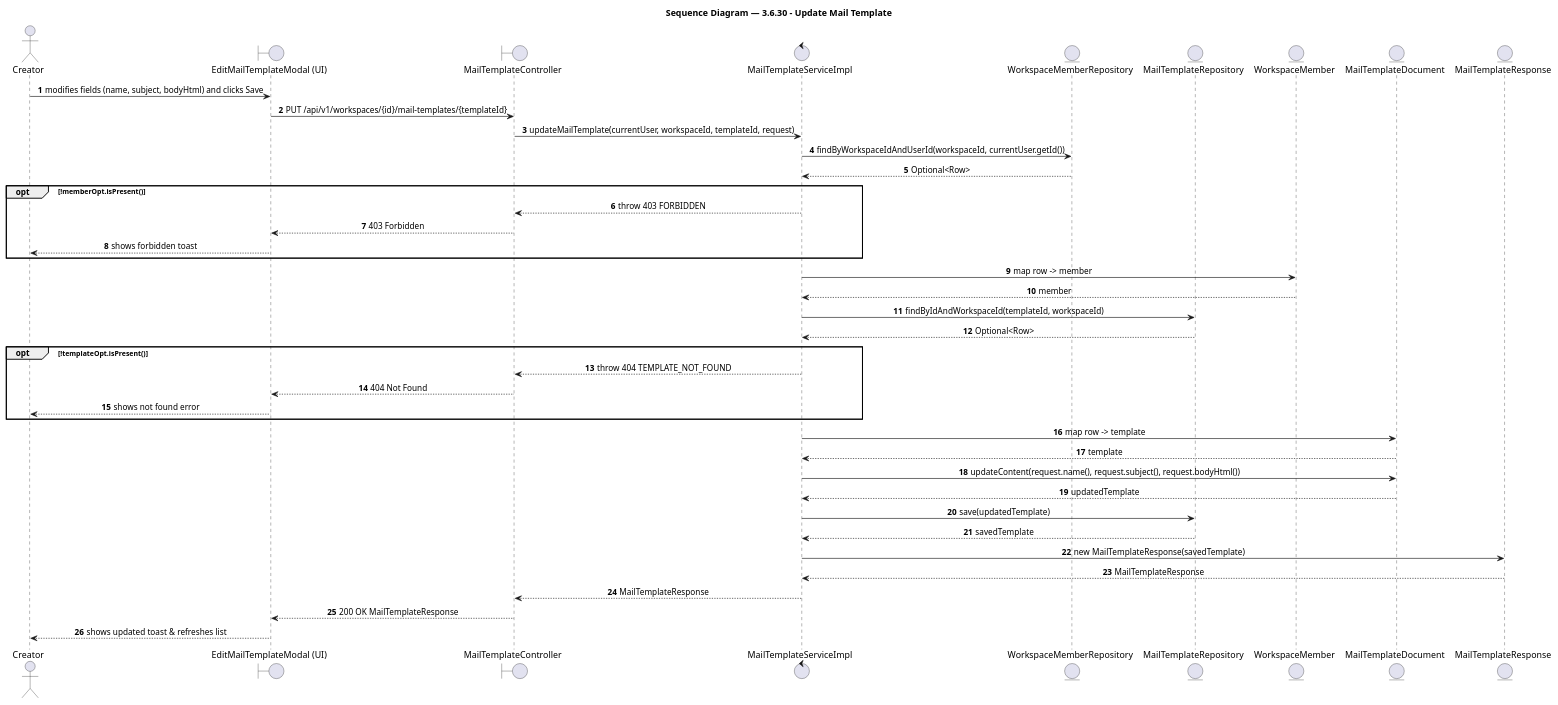
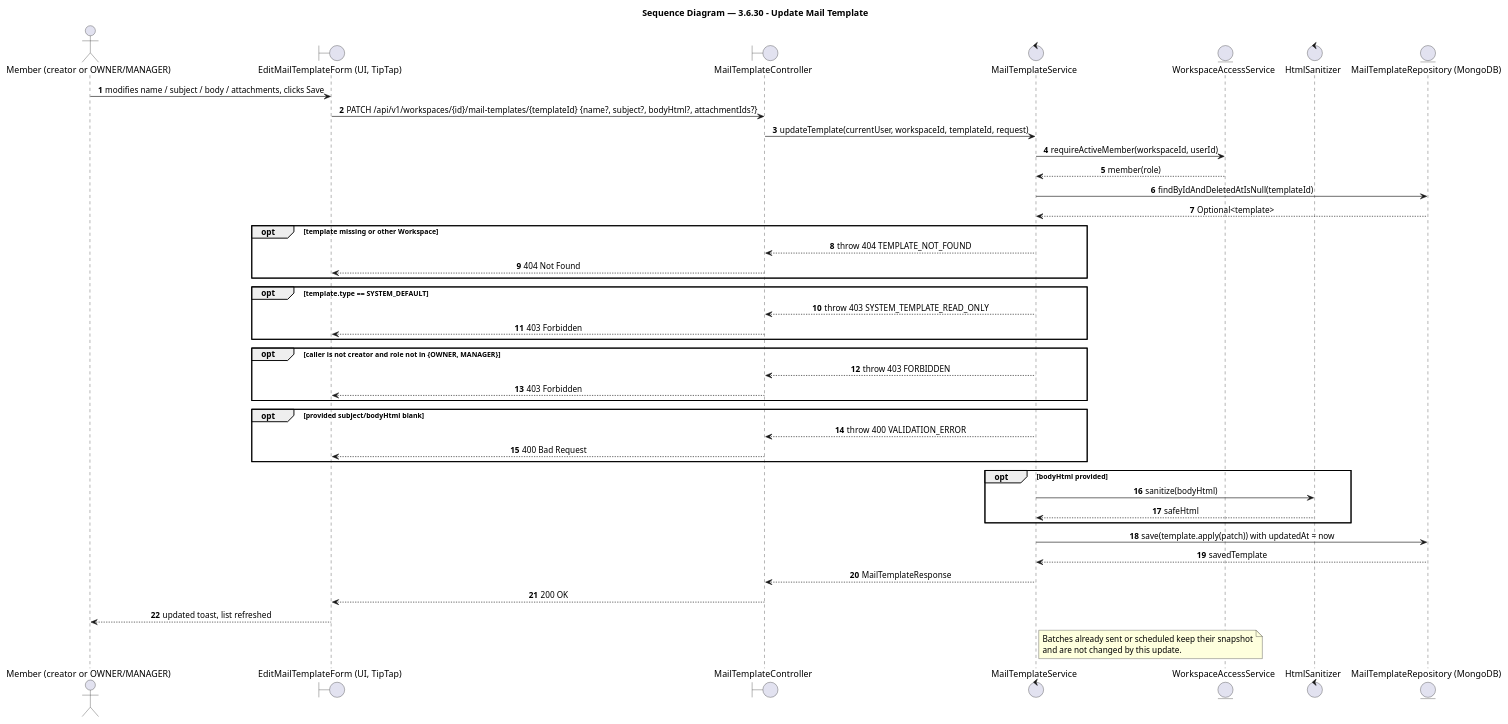
Before and after one commit to BrandHubOrganization/brandhub-infrastructure: the diagram in docs/feature/content-task-workflow/3-6-30-update-mail-template/report4_sequence.puml, drawn with PlantUML. The commit also changed 12 other files, not shown here.

First line of the commit message:
docs(DA-1002): update mail template report3 specs and sequence diagrams

```diff
--- a/docs/feature/content-task-workflow/3-6-30-update-mail-template/report4_sequence.puml
+++ b/docs/feature/content-task-workflow/3-6-30-update-mail-template/report4_sequence.puml
@@ -1,53 +1,57 @@
 @startuml 3.6.30 - Update Mail Template
 title Sequence Diagram — 3.6.30 - Update Mail Template
 
 autonumber
 skinparam shadowing false
 skinparam sequenceMessageAlign center
 skinparam BoxPadding 10
 skinparam ParticipantPadding 10
 
 ' === Participants ===
-actor "Creator" as creator
-boundary "EditMailTemplateModal (UI)" as editmailtemplate_ui
-boundary "MailTemplateController" as mailtemplatecontroller
-control "MailTemplateServiceImpl" as mailtemplateserviceimpl
-entity "WorkspaceMemberRepository" as workspacememberrepository
-entity "MailTemplateRepository" as mailtemplaterepository
-entity "WorkspaceMember" as workspacemember
-entity "MailTemplateDocument" as mailtemplatedocument
-entity "MailTemplateResponse" as mailtemplateresponse
+actor "Member (creator or OWNER/MANAGER)" as member
+boundary "EditMailTemplateForm (UI, TipTap)" as ui
+boundary "MailTemplateController" as controller
+control "MailTemplateService" as service
+entity "WorkspaceAccessService" as access
+control "HtmlSanitizer" as sanitizer
+entity "MailTemplateRepository (MongoDB)" as repo
 
 ' === Flow ===
-creator -> editmailtemplate_ui: modifies fields (name, subject, bodyHtml) and clicks Save
-editmailtemplate_ui -> mailtemplatecontroller: PUT /api/v1/workspaces/{id}/mail-templates/{templateId}
-mailtemplatecontroller -> mailtemplateserviceimpl: updateMailTemplate(currentUser, workspaceId, templateId, request)
-mailtemplateserviceimpl -> workspacememberrepository: findByWorkspaceIdAndUserId(workspaceId, currentUser.getId())
-workspacememberrepository --> mailtemplateserviceimpl: Optional<Row>
-opt !memberOpt.isPresent()
-  mailtemplateserviceimpl --> mailtemplatecontroller: throw 403 FORBIDDEN
-  mailtemplatecontroller --> editmailtemplate_ui: 403 Forbidden
-  editmailtemplate_ui --> creator: shows forbidden toast
+member -> ui: modifies name / subject / body / attachments, clicks Save
+ui -> controller: PATCH /api/v1/workspaces/{id}/mail-templates/{templateId} {name?, subject?, bodyHtml?, attachmentIds?}
+controller -> service: updateTemplate(currentUser, workspaceId, templateId, request)
+service -> access: requireActiveMember(workspaceId, userId)
+access --> service: member(role)
+service -> repo: findByIdAndDeletedAtIsNull(templateId)
+repo --> service: Optional<template>
+opt template missing or other Workspace
+  service --> controller: throw 404 TEMPLATE_NOT_FOUND
+  controller --> ui: 404 Not Found
 end
-mailtemplateserviceimpl -> workspacemember: map row -> member
-workspacemember --> mailtemplateserviceimpl: member
-mailtemplateserviceimpl -> mailtemplaterepository: findByIdAndWorkspaceId(templateId, workspaceId)
-mailtemplaterepository --> mailtemplateserviceimpl: Optional<Row>
-opt !templateOpt.isPresent()
-  mailtemplateserviceimpl --> mailtemplatecontroller: throw 404 TEMPLATE_NOT_FOUND
-  mailtemplatecontroller --> editmailtemplate_ui: 404 Not Found
-  editmailtemplate_ui --> creator: shows not found error
+opt template.type == SYSTEM_DEFAULT
+  service --> controller: throw 403 SYSTEM_TEMPLATE_READ_ONLY
+  controller --> ui: 403 Forbidden
 end
-mailtemplateserviceimpl -> mailtemplatedocument: map row -> template
-mailtemplatedocument --> mailtemplateserviceimpl: template
-mailtemplateserviceimpl -> mailtemplatedocument: updateContent(request.name(), request.subject(), request.bodyHtml())
-mailtemplatedocument --> mailtemplateserviceimpl: updatedTemplate
-mailtemplateserviceimpl -> mailtemplaterepository: save(updatedTemplate)
-mailtemplaterepository --> mailtemplateserviceimpl: savedTemplate
-mailtemplateserviceimpl -> mailtemplateresponse: new MailTemplateResponse(savedTemplate)
-mailtemplateresponse --> mailtemplateserviceimpl: MailTemplateResponse
-mailtemplateserviceimpl --> mailtemplatecontroller: MailTemplateResponse
-mailtemplatecontroller --> editmailtemplate_ui: 200 OK MailTemplateResponse
-editmailtemplate_ui --> creator: shows updated toast & refreshes list
+opt caller is not creator and role not in {OWNER, MANAGER}
+  service --> controller: throw 403 FORBIDDEN
+  controller --> ui: 403 Forbidden
+end
+opt provided subject/bodyHtml blank
+  service --> controller: throw 400 VALIDATION_ERROR
+  controller --> ui: 400 Bad Request
+end
+opt bodyHtml provided
+  service -> sanitizer: sanitize(bodyHtml)
+  sanitizer --> service: safeHtml
+end
+service -> repo: save(template.apply(patch)) with updatedAt = now
+repo --> service: savedTemplate
+service --> controller: MailTemplateResponse
+controller --> ui: 200 OK
+ui --> member: updated toast, list refreshed
+note right of service
+  Batches already sent or scheduled keep their snapshot
+  and are not changed by this update.
+end note
 
 @enduml
```
